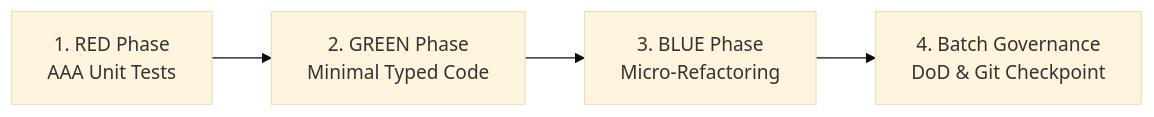
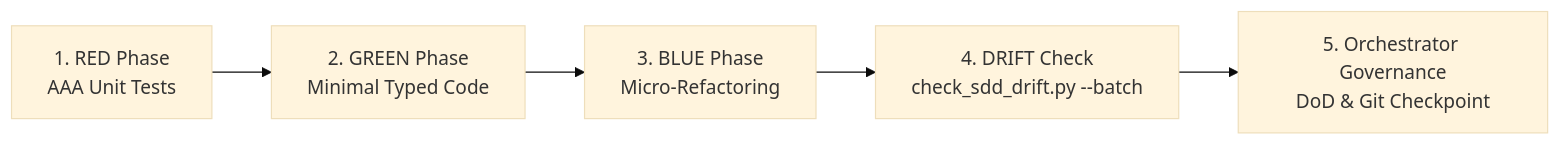
Before and after one commit to MarcosVeniciu/antigravity-agentic-skills: the second of 2 diagrams in skills/implement/SKILL.md, drawn with Mermaid (base theme). The commit also changed other lines of this file and 11 other files, not shown here.

First line of the commit message:
feat(skills): evolve implement and review to SDD 2.0 with drift gate and subagent isolation

````diff
--- a/skills/implement/SKILL.md
+++ b/skills/implement/SKILL.md
@@ -44,6 +57,7 @@
 ```mermaid
 flowchart LR
     Red["1. RED Phase<br/>AAA Unit Tests"] --> Green["2. GREEN Phase<br/>Minimal Typed Code"]
     Green --> Blue["3. BLUE Phase<br/>Micro-Refactoring"]
-    Blue --> Gov["4. Batch Governance<br/>DoD & Git Checkpoint"]
+    Blue --> Drift["4. DRIFT Check<br/>check_sdd_drift.py --batch"]
+    Drift --> Gov["5. Orchestrator Governance<br/>DoD & Git Checkpoint"]
 ```
````
